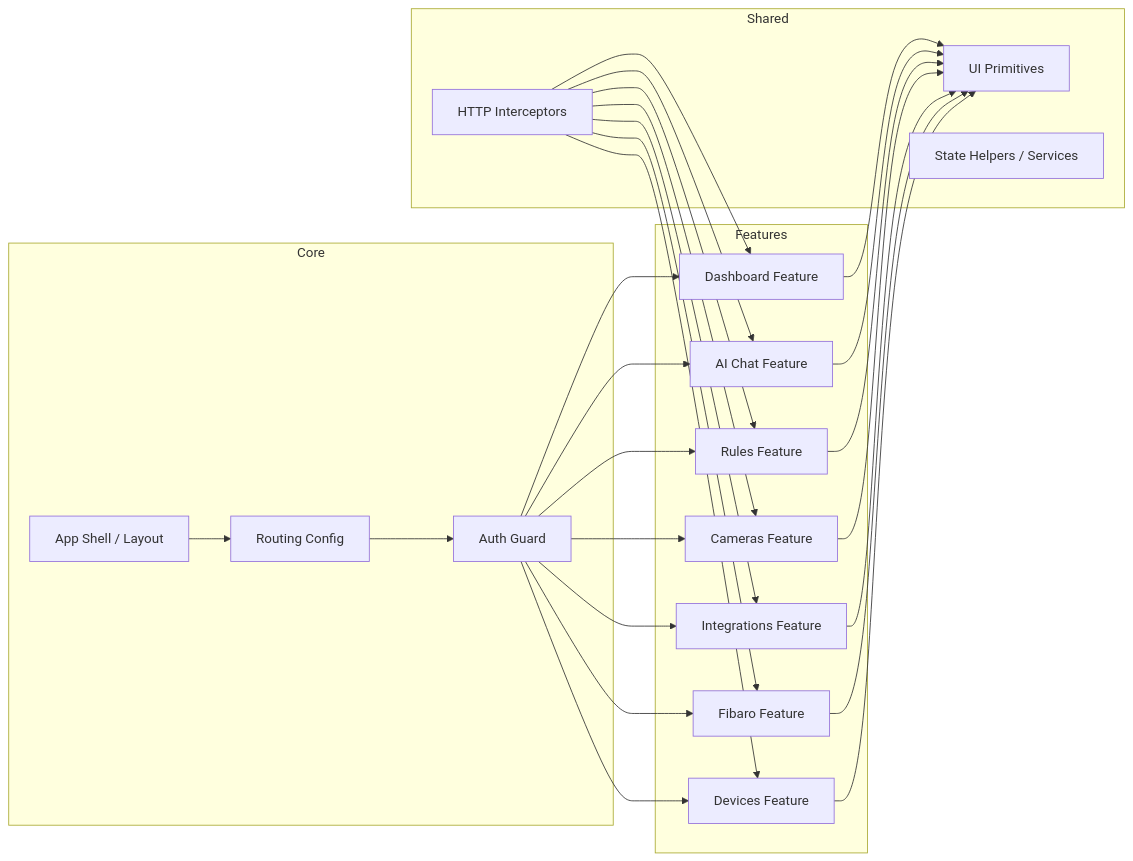
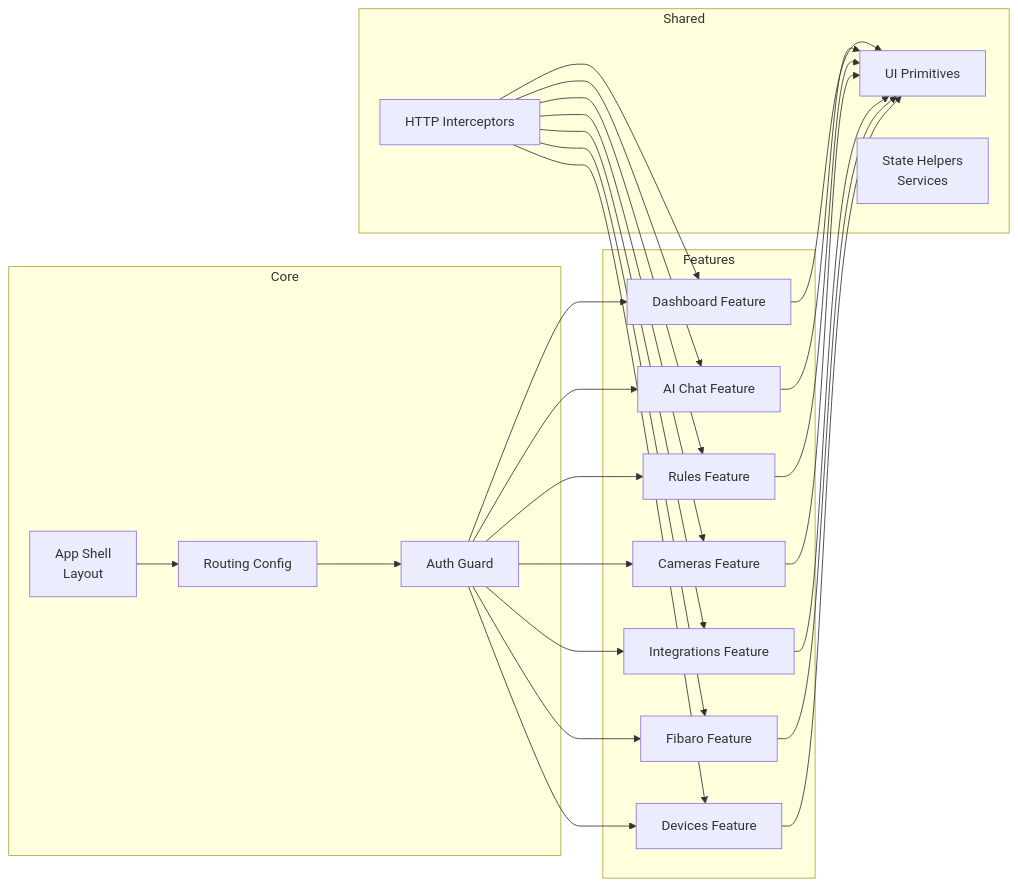
Before and after one commit to PatrykCzechowski/harmony-showcase: the diagram in diagrams/components-frontend.md, drawn with Mermaid. The commit also changed 2 other files, not shown here.

Commit message:
Fix mermaid diagram syntax

````diff
--- a/diagrams/components-frontend.md
+++ b/diagrams/components-frontend.md
@@ -3,45 +3,45 @@
 ```mermaid
 flowchart LR
     subgraph Core
-        F1[App Shell / Layout]
-        F2[Routing Config]
-        F3[Auth Guard]
+        F1["App Shell<br/>Layout"]
+        F2["Routing Config"]
+        F3["Auth Guard"]
     end
     subgraph Features
-        D1[Dashboard Feature]
-        A1[AI Chat Feature]
-        R1[Rules Feature]
-        C1[Cameras Feature]
-        I1[Integrations Feature]
-        FIB[Fibaro Feature]
-        DEV[Devices Feature]
+        D1["Dashboard Feature"]
+        A1["AI Chat Feature"]
+        R1["Rules Feature"]
+        C1["Cameras Feature"]
+        I1["Integrations Feature"]
+        FIB["Fibaro Feature"]
+        DEV["Devices Feature"]
     end
     subgraph Shared
-        SH1[UI Primitives]
-        SH2[HTTP Interceptors]
-        SH3[State Helpers / Services]
+        SH1["UI Primitives"]
+        SH2["HTTP Interceptors"]
+        SH3["State Helpers<br/>Services"]
     end
 
     F1 --> F2 --> F3
     F3 --> D1
     F3 --> A1
     F3 --> R1
     F3 --> C1
     F3 --> I1
     F3 --> FIB
     F3 --> DEV
     D1 --> SH1
     A1 --> SH1
     R1 --> SH1
     C1 --> SH1
     I1 --> SH1
     FIB --> SH1
     DEV --> SH1
     SH2 --> D1
     SH2 --> A1
     SH2 --> R1
     SH2 --> C1
     SH2 --> I1
     SH2 --> FIB
     SH2 --> DEV
 ```
````
